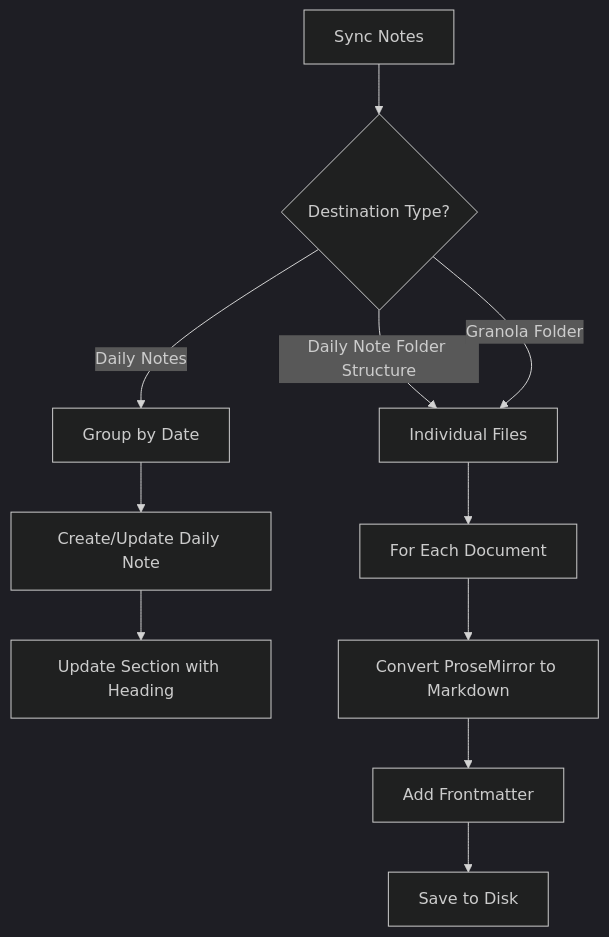
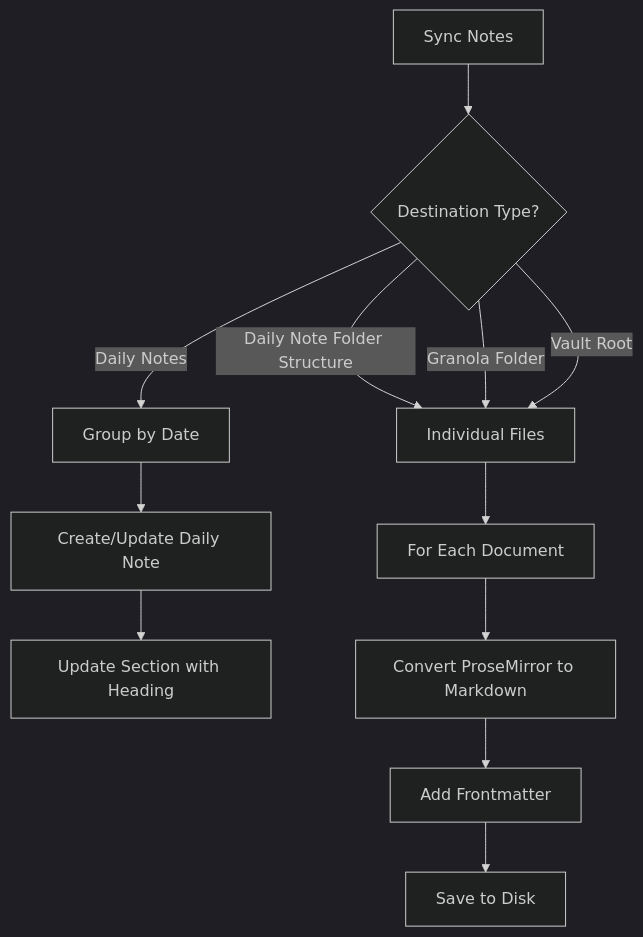
One commit to tomelliot/obsidian-granola-sync changed the fifth of 7 diagrams in docs/sync-process.md. Above: the diagram before and after it, drawn with Mermaid (dark theme). The commit also changed other lines of this file and 7 other files, not shown here.

Commit message:
feat: add vault root destination option

````diff
--- a/docs/sync-process.md
+++ b/docs/sync-process.md
@@ -185,15 +185,16 @@
 ```mermaid
 flowchart TD
     A[Sync Notes] --> B{Destination Type?}
     B -->|Daily Notes| C[Group by Date]
     B -->|Daily Note Folder Structure| D[Individual Files]
     B -->|Granola Folder| D
+    B -->|Vault Root| D
 
     C --> E[Create/Update Daily Note]
     E --> F[Update Section with Heading]
 
     D --> G[For Each Document]
     G --> H[Convert ProseMirror to Markdown]
     H --> I[Add Frontmatter]
     I --> J[Save to Disk]
 ```
````
